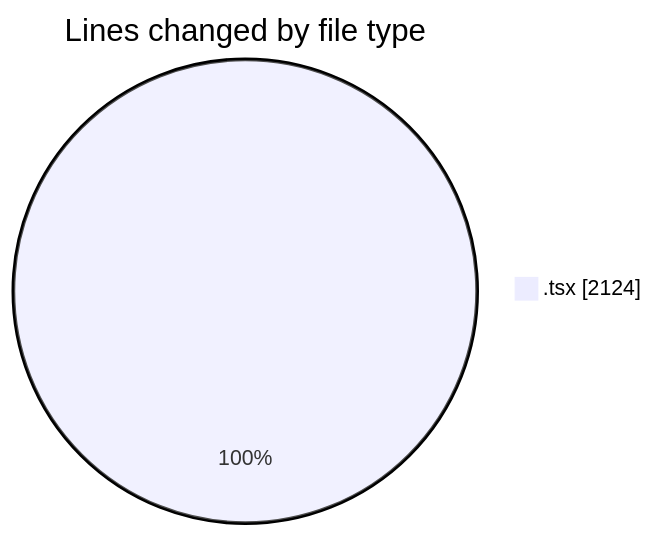
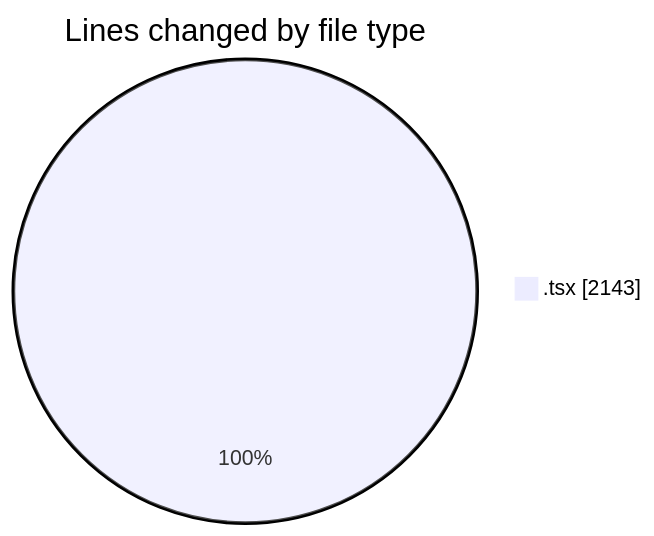
The first of 2 diagrams in 2026-04-09/airfeed-analytics-dashboard/README.md (nxtqubesakshisongat/code-tracking), drawn with Mermaid before and after one commit. The commit also changed other lines of this file and 1 other file, not shown here.

````diff
--- a/2026-04-09/airfeed-analytics-dashboard/README.md
+++ b/2026-04-09/airfeed-analytics-dashboard/README.md
@@ -26,5 +26,5 @@
 ```mermaid
 pie showData
 title Lines changed by file type
-".tsx" : 2124
+".tsx" : 2143
 ```
````
